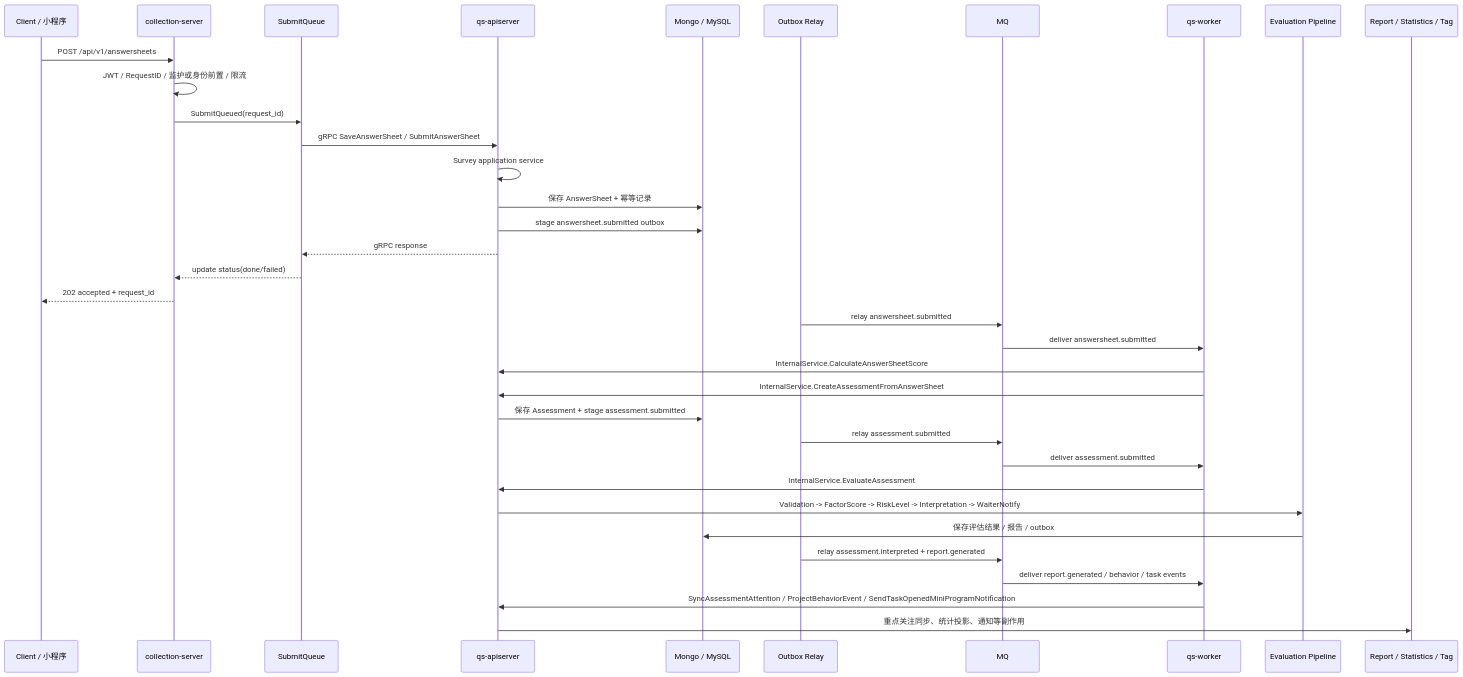
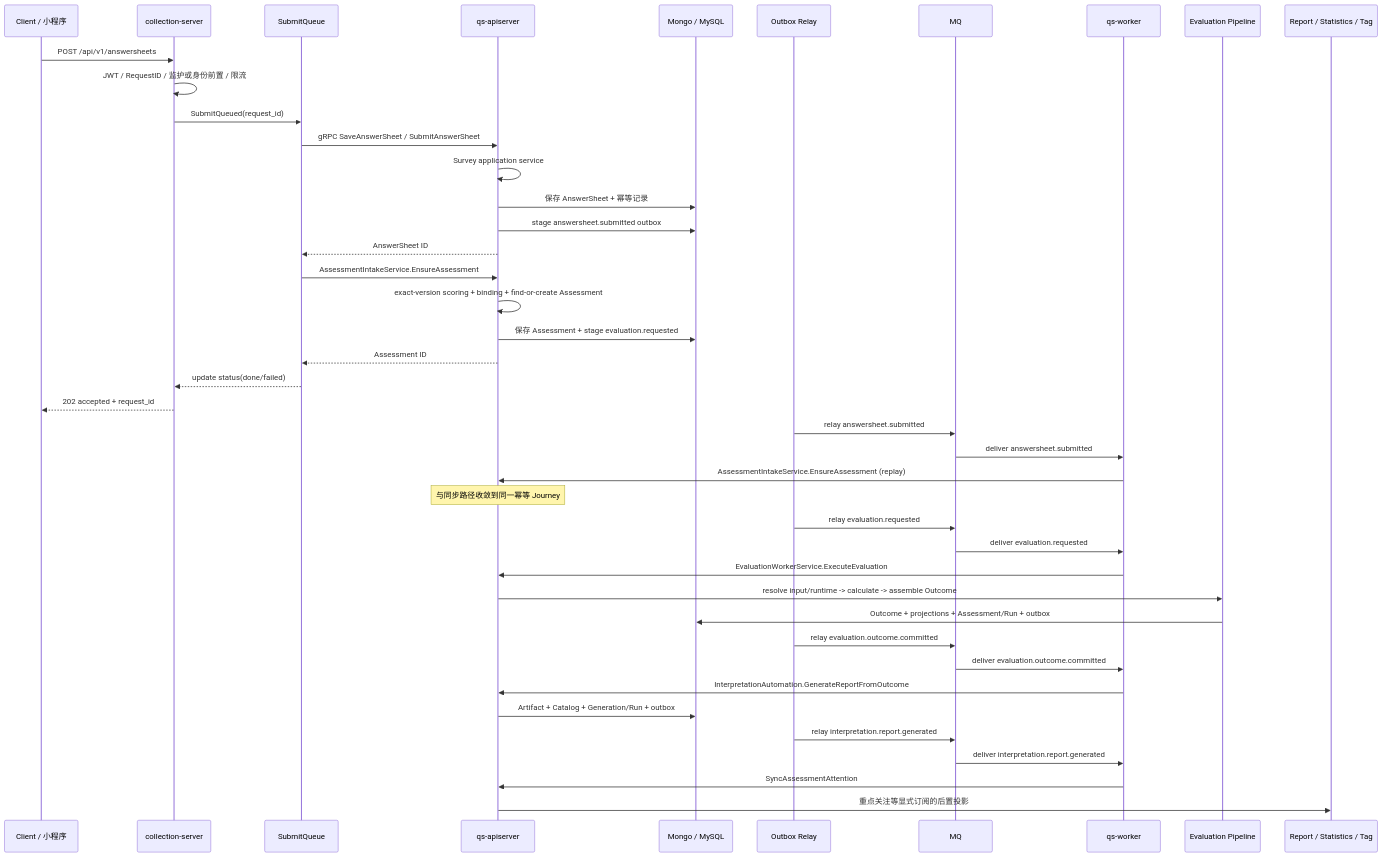
One commit to FangcunMount/qs-server changed the first of 6 diagrams in docs/00-总览/03-核心业务链路.md. Above: the diagram before and after it, drawn with Mermaid. The commit also changed other lines of this file and 30 other files, not shown here.

Commit message:
docs(interpretation): 更新解释模型文档，整合 Outcome 解释、报告生成与查询机制，修正术语与模块边界，确保文档一致性

````diff
--- a/docs/00-总览/03-核心业务链路.md
+++ b/docs/00-总览/03-核心业务链路.md
@@ -29,41 +29,48 @@
 ```mermaid
 sequenceDiagram
     participant U as Client / 小程序
     participant C as collection-server
     participant Q as SubmitQueue
     participant A as qs-apiserver
     participant DB as Mongo / MySQL
     participant O as Outbox Relay
     participant MQ as MQ
     participant W as qs-worker
     participant E as Evaluation Pipeline
     participant R as Report / Statistics / Tag
 
     U->>C: POST /api/v1/answersheets
     C->>C: JWT / RequestID / 监护或身份前置 / 限流
     C->>Q: SubmitQueued(request_id)
     Q->>A: gRPC SaveAnswerSheet / SubmitAnswerSheet
     A->>A: Survey application service
     A->>DB: 保存 AnswerSheet + 幂等记录
     A->>DB: stage answersheet.submitted outbox
-    A-->>Q: gRPC response
+    A-->>Q: AnswerSheet ID
+    Q->>A: AssessmentIntakeService.EnsureAssessment
+    A->>A: exact-version scoring + binding + find-or-create Assessment
+    A->>DB: 保存 Assessment + stage evaluation.requested
+    A-->>Q: Assessment ID
     Q-->>C: update status(done/failed)
     C-->>U: 202 accepted + request_id
 
     O->>MQ: relay answersheet.submitted
     MQ->>W: deliver answersheet.submitted
-    W->>A: InternalService.CalculateAnswerSheetScore
-    W->>A: InternalService.CreateAssessmentFromAnswerSheet
-    A->>DB: 保存 Assessment + stage assessment.submitted
+    W->>A: AssessmentIntakeService.EnsureAssessment (replay)
+    Note over A: 与同步路径收敛到同一幂等 Journey
 
-    O->>MQ: relay assessment.submitted
-    MQ->>W: deliver assessment.submitted
-    W->>A: InternalService.EvaluateAssessment
-    A->>E: Validation -> FactorScore -> RiskLevel -> Interpretation -> WaiterNotify
-    E->>DB: 保存评估结果 / 报告 / outbox
-    O->>MQ: relay assessment.interpreted + report.generated
+    O->>MQ: relay evaluation.requested
+    MQ->>W: deliver evaluation.requested
+    W->>A: EvaluationWorkerService.ExecuteEvaluation
+    A->>E: resolve input/runtime -> calculate -> assemble Outcome
+    E->>DB: Outcome + projections + Assessment/Run + outbox
+    O->>MQ: relay evaluation.outcome.committed
 
-    MQ->>W: deliver report.generated / behavior / task events
-    W->>A: SyncAssessmentAttention / ProjectBehaviorEvent / SendTaskOpenedMiniProgramNotification
-    A->>R: 重点关注同步、统计投影、通知等副作用
+    MQ->>W: deliver evaluation.outcome.committed
+    W->>A: InterpretationAutomation.GenerateReportFromOutcome
+    A->>DB: Artifact + Catalog + Generation/Run + outbox
+    O->>MQ: relay interpretation.report.generated
+    MQ->>W: deliver interpretation.report.generated
+    W->>A: SyncAssessmentAttention
+    A->>R: 重点关注等显式订阅的后置投影
 ```
````
